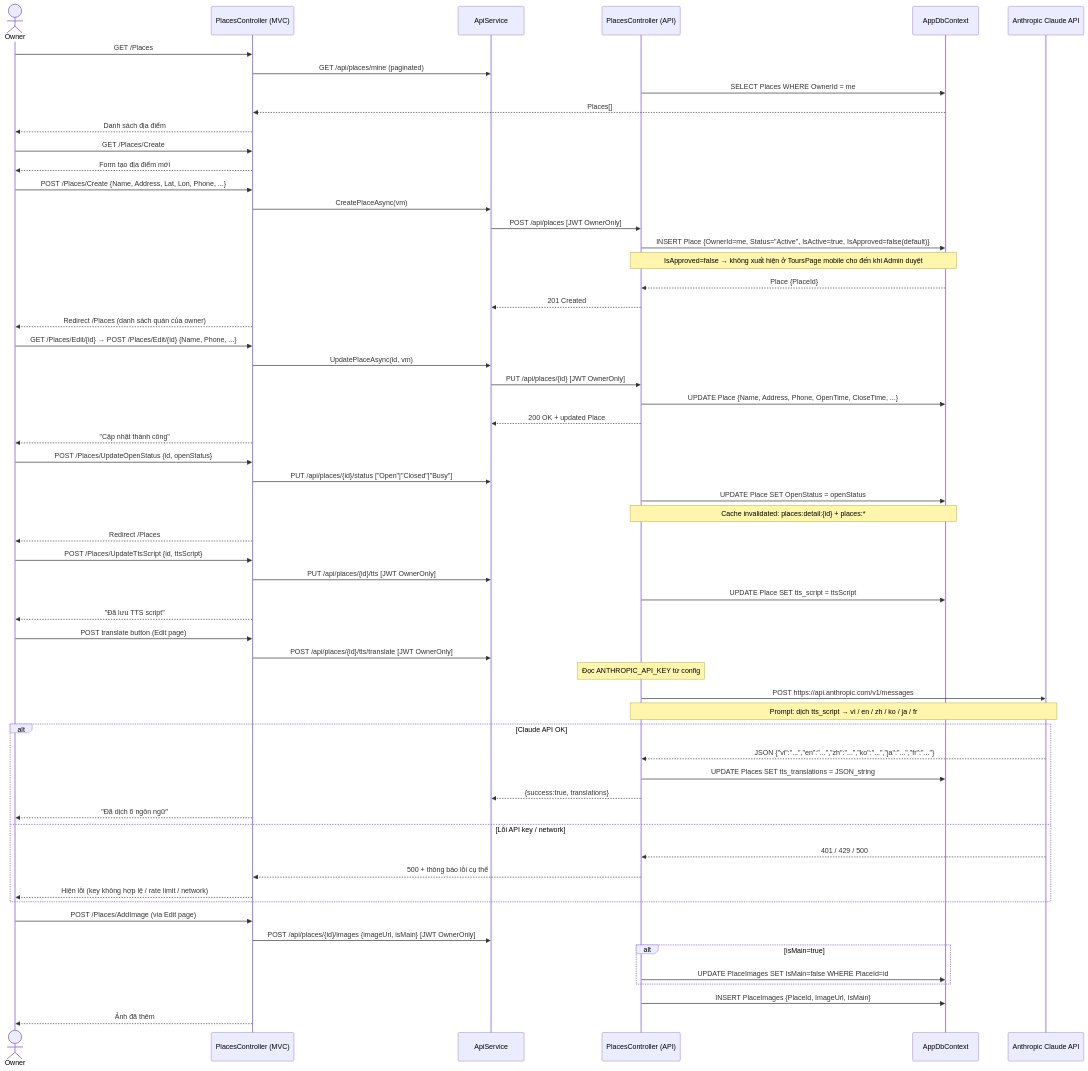
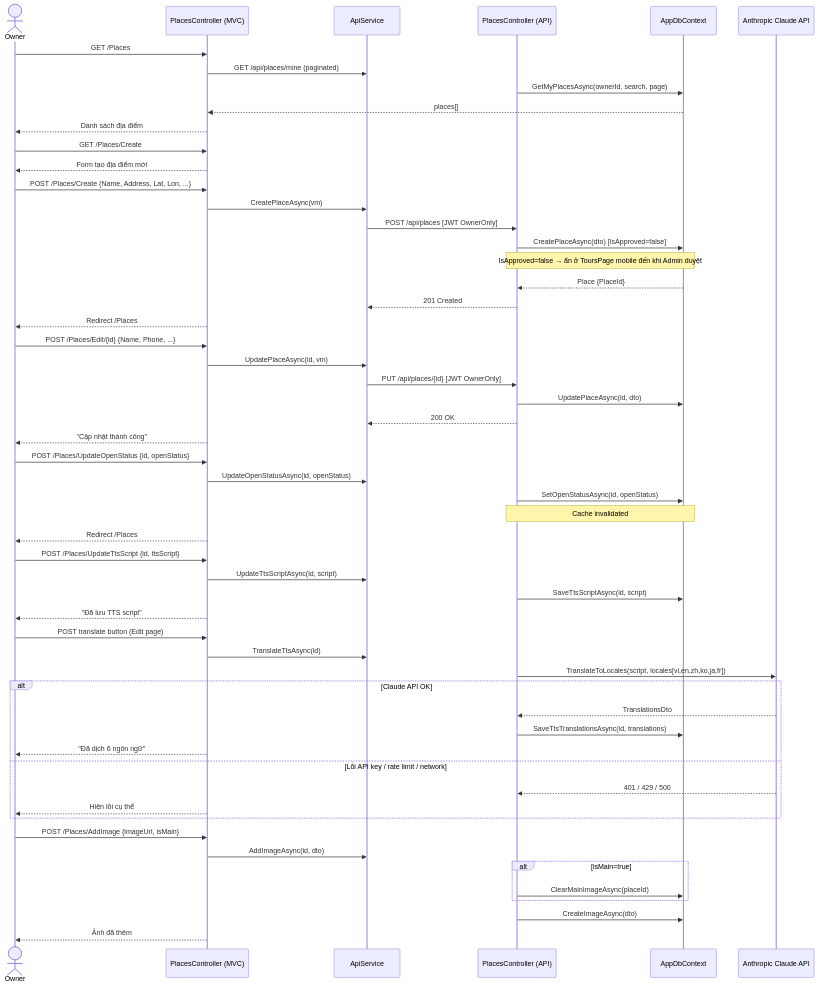
One commit to MTai55/csharp changed diagram 16 of 27 in PRD.md. Above: the diagram before and after it, drawn with Mermaid. The commit also changed other lines of this file, not shown here.

Commit message:
Sửa Sequence trong prd

````diff
--- a/PRD.md
+++ b/PRD.md
@@ -1822,69 +1879,65 @@
 ```mermaid
 sequenceDiagram
     actor Owner
     participant PlacesMVC as PlacesController (MVC)
     participant API as ApiService
     participant PlacesAPI as PlacesController (API)
     participant DB as AppDbContext
     participant Claude as Anthropic Claude API
 
     Owner->>PlacesMVC: GET /Places
     PlacesMVC->>API: GET /api/places/mine (paginated)
-    PlacesAPI->>DB: SELECT Places WHERE OwnerId = me
-    DB-->>PlacesMVC: Places[]
+    PlacesAPI->>DB: GetMyPlacesAsync(ownerId, search, page)
+    DB-->>PlacesMVC: places[]
     PlacesMVC-->>Owner: Danh sách địa điểm
 
     Owner->>PlacesMVC: GET /Places/Create
     PlacesMVC-->>Owner: Form tạo địa điểm mới
 
-    Owner->>PlacesMVC: POST /Places/Create {Name, Address, Lat, Lon, Phone, ...}
+    Owner->>PlacesMVC: POST /Places/Create {Name, Address, Lat, Lon, ...}
     PlacesMVC->>API: CreatePlaceAsync(vm)
     API->>PlacesAPI: POST /api/places [JWT OwnerOnly]
-    PlacesAPI->>DB: INSERT Place {OwnerId=me, Status="Active", IsActive=true, IsApproved=false(default)}
-    Note over PlacesAPI,DB: IsApproved=false → không xuất hiện ở ToursPage mobile cho đến khi Admin duyệt
+    PlacesAPI->>DB: CreatePlaceAsync(dto) [IsApproved=false]
+    Note over PlacesAPI,DB: IsApproved=false → ẩn ở ToursPage mobile đến khi Admin duyệt
     DB-->>PlacesAPI: Place {PlaceId}
     PlacesAPI-->>API: 201 Created
-    PlacesMVC-->>Owner: Redirect /Places (danh sách quán của owner)
+    PlacesMVC-->>Owner: Redirect /Places
 
-    Owner->>PlacesMVC: GET /Places/Edit/{id} → POST /Places/Edit/{id} {Name, Phone, ...}
+    Owner->>PlacesMVC: POST /Places/Edit/{id} {Name, Phone, ...}
     PlacesMVC->>API: UpdatePlaceAsync(id, vm)
     API->>PlacesAPI: PUT /api/places/{id} [JWT OwnerOnly]
-    PlacesAPI->>DB: UPDATE Place {Name, Address, Phone, OpenTime, CloseTime, ...}
-    PlacesAPI-->>API: 200 OK + updated Place
+    PlacesAPI->>DB: UpdatePlaceAsync(id, dto)
+    PlacesAPI-->>API: 200 OK
     PlacesMVC-->>Owner: "Cập nhật thành công"
 
     Owner->>PlacesMVC: POST /Places/UpdateOpenStatus {id, openStatus}
-    PlacesMVC->>API: PUT /api/places/{id}/status ["Open"|"Closed"|"Busy"]
-    PlacesAPI->>DB: UPDATE Place SET OpenStatus = openStatus
-    Note over PlacesAPI,DB: Cache invalidated: places:detail:{id} + places:*
+    PlacesMVC->>API: UpdateOpenStatusAsync(id, openStatus)
+    PlacesAPI->>DB: SetOpenStatusAsync(id, openStatus)
+    Note over PlacesAPI,DB: Cache invalidated
     PlacesMVC-->>Owner: Redirect /Places
 
     Owner->>PlacesMVC: POST /Places/UpdateTtsScript {id, ttsScript}
-    PlacesMVC->>API: PUT /api/places/{id}/tts [JWT OwnerOnly]
-    PlacesAPI->>DB: UPDATE Place SET tts_script = ttsScript
+    PlacesMVC->>API: UpdateTtsScriptAsync(id, script)
+    PlacesAPI->>DB: SaveTtsScriptAsync(id, script)
     PlacesMVC-->>Owner: "Đã lưu TTS script"
 
     Owner->>PlacesMVC: POST translate button (Edit page)
-    PlacesMVC->>API: POST /api/places/{id}/tts/translate [JWT OwnerOnly]
-    Note over PlacesAPI: Đọc ANTHROPIC_API_KEY từ config
-    PlacesAPI->>Claude: POST https://api.anthropic.com/v1/messages
-    Note over PlacesAPI,Claude: Prompt: dịch tts_script → vi / en / zh / ko / ja / fr
+    PlacesMVC->>API: TranslateTtsAsync(id)
+    PlacesAPI->>Claude: TranslateToLocales(script, locales[vi,en,zh,ko,ja,fr])
     alt Claude API OK
-        Claude-->>PlacesAPI: JSON {"vi":"...","en":"...","zh":"...","ko":"...","ja":"...","fr":"..."}
-        PlacesAPI->>DB: UPDATE Places SET tts_translations = JSON_string
-        PlacesAPI-->>API: {success:true, translations}
+        Claude-->>PlacesAPI: TranslationsDto
+        PlacesAPI->>DB: SaveTtsTranslationsAsync(id, translations)
         PlacesMVC-->>Owner: "Đã dịch 6 ngôn ngữ"
-    else Lỗi API key / network
+    else Lỗi API key / rate limit / network
         Claude-->>PlacesAPI: 401 / 429 / 500
-        PlacesAPI-->>PlacesMVC: 500 + thông báo lỗi cụ thể
-        PlacesMVC-->>Owner: Hiện lỗi (key không hợp lệ / rate limit / network)
+        PlacesMVC-->>Owner: Hiện lỗi cụ thể
     end
 
-    Owner->>PlacesMVC: POST /Places/AddImage (via Edit page)
-    PlacesMVC->>API: POST /api/places/{id}/images {imageUrl, isMain} [JWT OwnerOnly]
+    Owner->>PlacesMVC: POST /Places/AddImage {imageUrl, isMain}
+    PlacesMVC->>API: AddImageAsync(id, dto)
     alt isMain=true
-        PlacesAPI->>DB: UPDATE PlaceImages SET IsMain=false WHERE PlaceId=id
+        PlacesAPI->>DB: ClearMainImageAsync(placeId)
     end
-    PlacesAPI->>DB: INSERT PlaceImages {PlaceId, ImageUrl, IsMain}
+    PlacesAPI->>DB: CreateImageAsync(dto)
     PlacesMVC-->>Owner: Ảnh đã thêm
 ```
````
